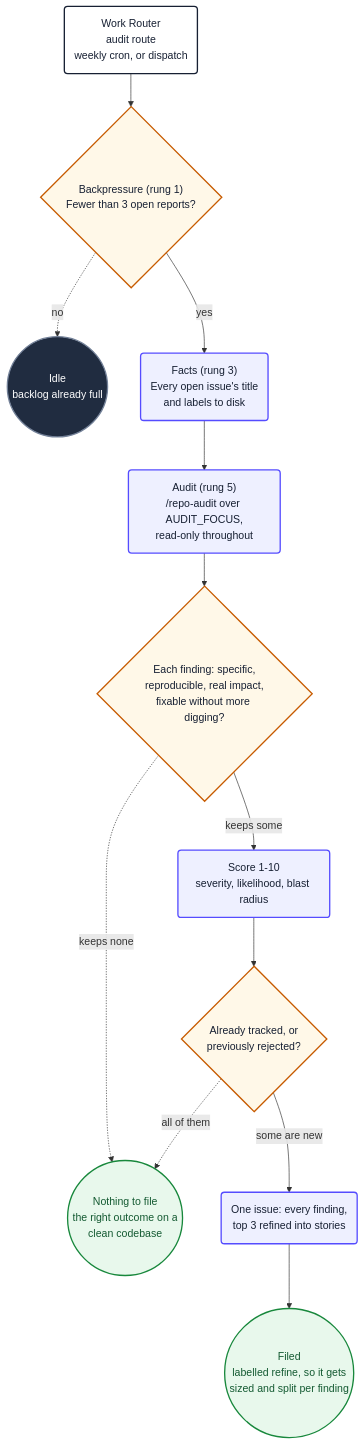
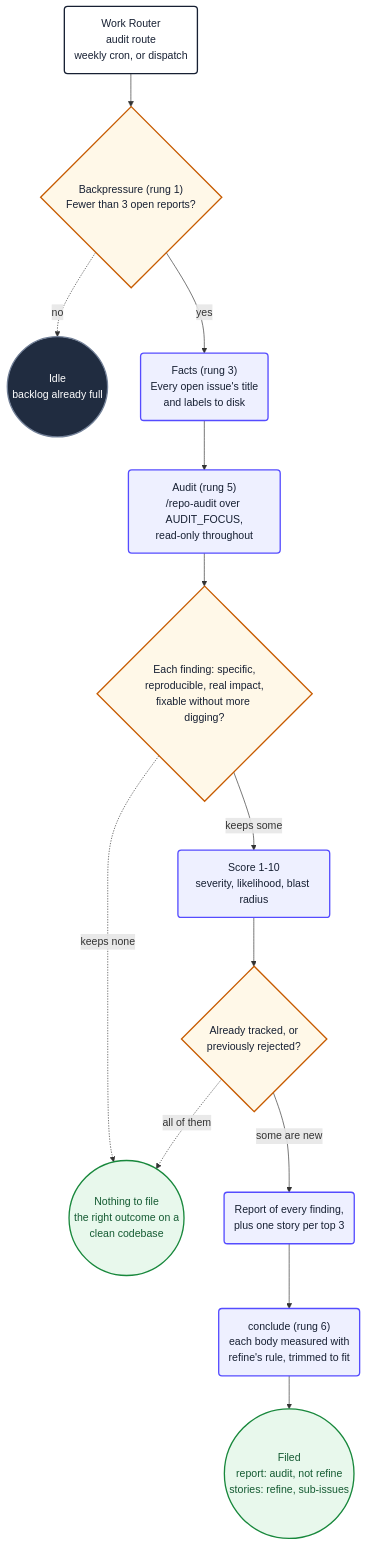
The tenth of 16 diagrams in loops/docs/diagrams.md (PlainConceptsPlatform/agentic-workflows), drawn with Mermaid before and after one commit. The commit also changed other lines of this file and 17 other files, not shown here.

First line of the commit message:
fix(audit): file a tracking report plus stories under refine's size gate (1.12.1) (#490)

````diff
--- a/loops/docs/diagrams.md
+++ b/loops/docs/diagrams.md
@@ -494,31 +492,32 @@
 ```mermaid
 flowchart TD
     auStart("Work Router<br/>audit route<br/>weekly cron, or dispatch") --> auBack
     auBack{"Backpressure (rung 1)<br/>Fewer than 3 open reports?"}
     auBack -.->|no| auIdle
     auBack -->|yes| auFacts
     auFacts("Facts (rung 3)<br/>Every open issue's title<br/>and labels to disk") --> auRun
     auRun("Audit (rung 5)<br/>/repo-audit over AUDIT_FOCUS,<br/>read-only throughout") --> auFilter
     auFilter{"Each finding: specific,<br/>reproducible, real impact,<br/>fixable without more digging?"}
     auFilter -->|keeps some| auScore
     auFilter -.->|keeps none| auQuiet
     auScore("Score 1-10<br/>severity, likelihood, blast radius") --> auDedupe
     auDedupe{"Already tracked, or<br/>previously rejected?"}
     auDedupe -.->|"all of them"| auQuiet
     auDedupe -->|"some are new"| auFile
-    auFile("One issue: every finding,<br/>top 3 refined into stories") --> auReport
-    auReport(("Filed<br/>labelled refine, so it gets<br/>sized and split per finding"))
+    auFile("Report of every finding,<br/>plus one story per top 3") --> auMeasure
+    auMeasure("conclude (rung 6)<br/>each body measured with<br/>refine's rule, trimmed to fit") --> auReport
+    auReport(("Filed<br/>report: audit, not refine<br/>stories: refine, sub-issues"))
     auQuiet(("Nothing to file<br/>the right outcome on a<br/>clean codebase"))
     auIdle(("Idle<br/>backlog already full"))
 
     classDef start fill:#ffffff,stroke:#172033,stroke-width:2px,color:#172033
     classDef action fill:#eef0ff,stroke:#554cff,stroke-width:2px,color:#172033
     classDef decision fill:#fff8e8,stroke:#c75b00,stroke-width:2px,color:#172033
     classDef idle fill:#202c40,stroke:#738198,stroke-width:2px,color:#ffffff
     classDef success fill:#e8f8ec,stroke:#18883c,stroke-width:2px,color:#145a32
     class auStart start
-    class auFacts,auRun,auScore,auFile action
+    class auFacts,auRun,auScore,auFile,auMeasure action
     class auBack,auFilter,auDedupe decision
     class auIdle idle
     class auReport,auQuiet success
 ```
````
